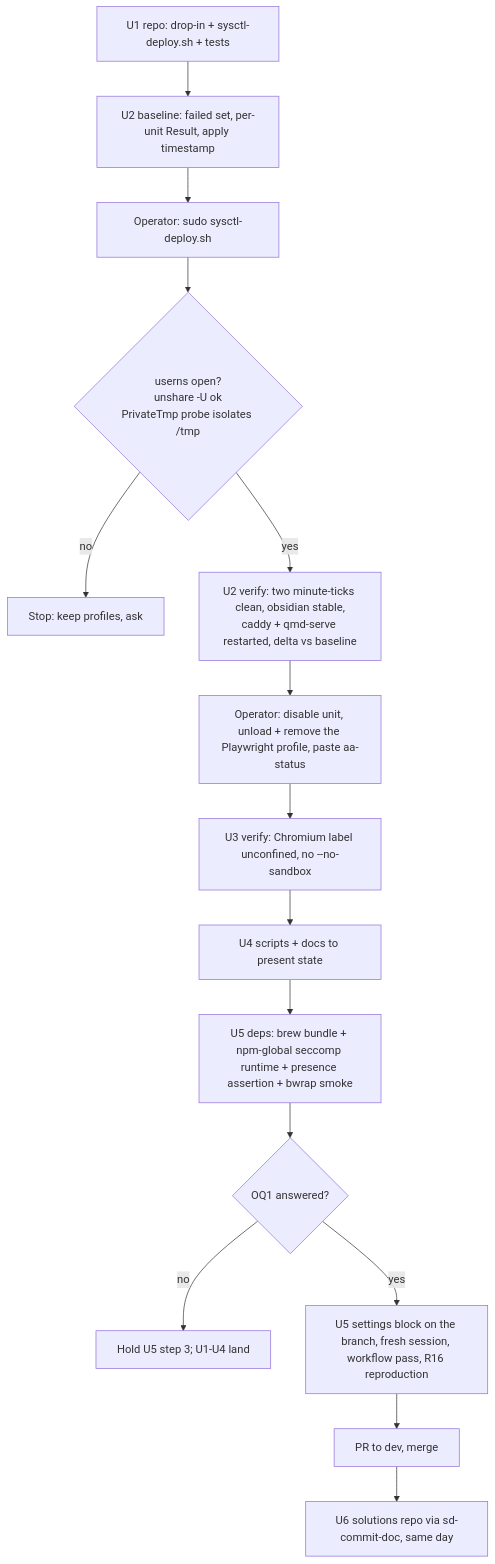
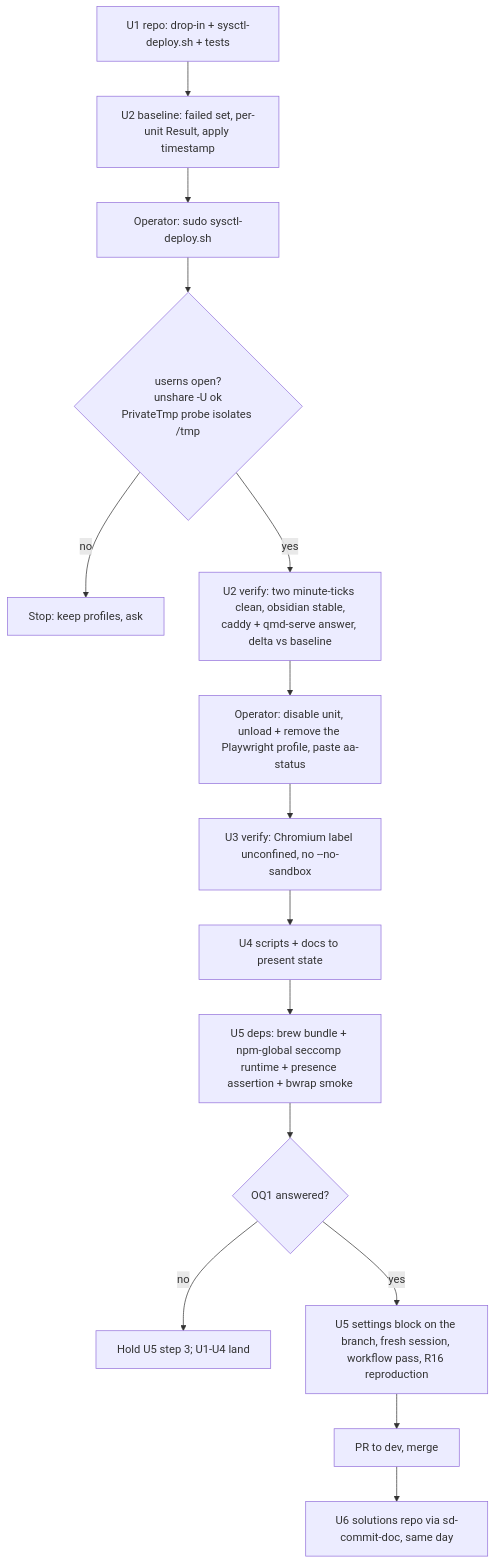
One commit to brettdavies/dotfiles changed the diagram in docs/plans/2026-09-15-1428-feat-unprivileged-userns-host-plan.md. Above: the diagram before and after it, drawn with Mermaid. The commit also changed other lines of this file and 5 other files, not shown here.

````diff
--- a/docs/plans/2026-09-15-1428-feat-unprivileged-userns-host-plan.md
+++ b/docs/plans/2026-09-15-1428-feat-unprivileged-userns-host-plan.md
@@ -369,17 +368,17 @@
 ```mermaid
 flowchart TB
   U1[U1 repo: drop-in + sysctl-deploy.sh + tests] --> B0[U2 baseline: failed set, per-unit Result, apply timestamp]
   B0 --> OP1[Operator: sudo sysctl-deploy.sh]
   OP1 --> G1{userns open?<br/>unshare -U ok<br/>PrivateTmp probe isolates /tmp}
   G1 -- no --> STOP[Stop: keep profiles, ask]
-  G1 -- yes --> V2[U2 verify: two minute-ticks clean, obsidian stable,<br/>caddy + qmd-serve restarted, delta vs baseline]
+  G1 -- yes --> V2[U2 verify: two minute-ticks clean, obsidian stable,<br/>caddy + qmd-serve answer, delta vs baseline]
   V2 --> OP3[Operator: disable unit, unload + remove the Playwright profile, paste aa-status]
   OP3 --> V3[U3 verify: Chromium label unconfined, no --no-sandbox]
   V3 --> U4[U4 scripts + docs to present state]
   U4 --> D5[U5 deps: brew bundle + npm-global seccomp runtime + presence assertion + bwrap smoke]
   D5 --> OQ{OQ1 answered?}
   OQ -- no --> HOLD[Hold U5 step 3; U1-U4 land]
   OQ -- yes --> S5[U5 settings block on the branch, fresh session, workflow pass, R16 reproduction]
   S5 --> PR[PR to dev, merge]
   PR --> U6[U6 solutions repo via sd-commit-doc, same day]
 ```
````
